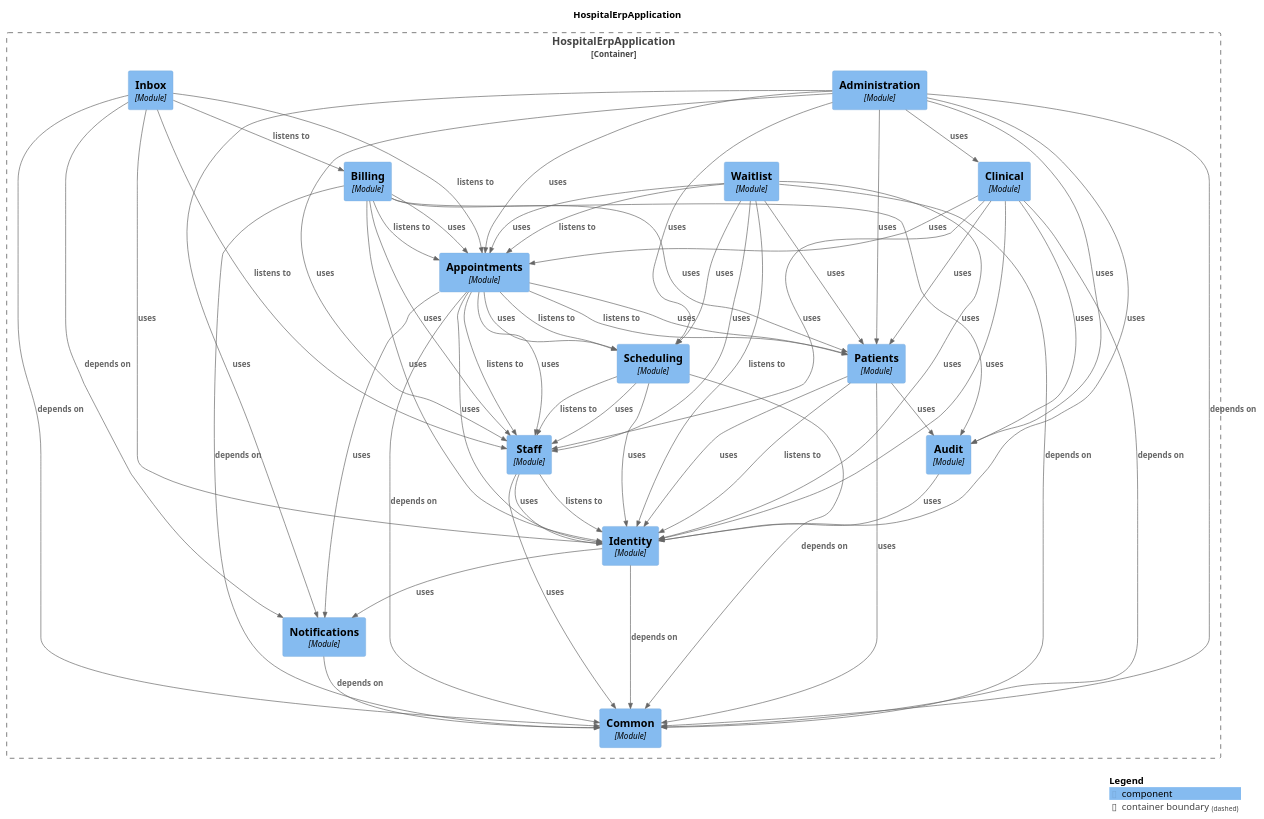
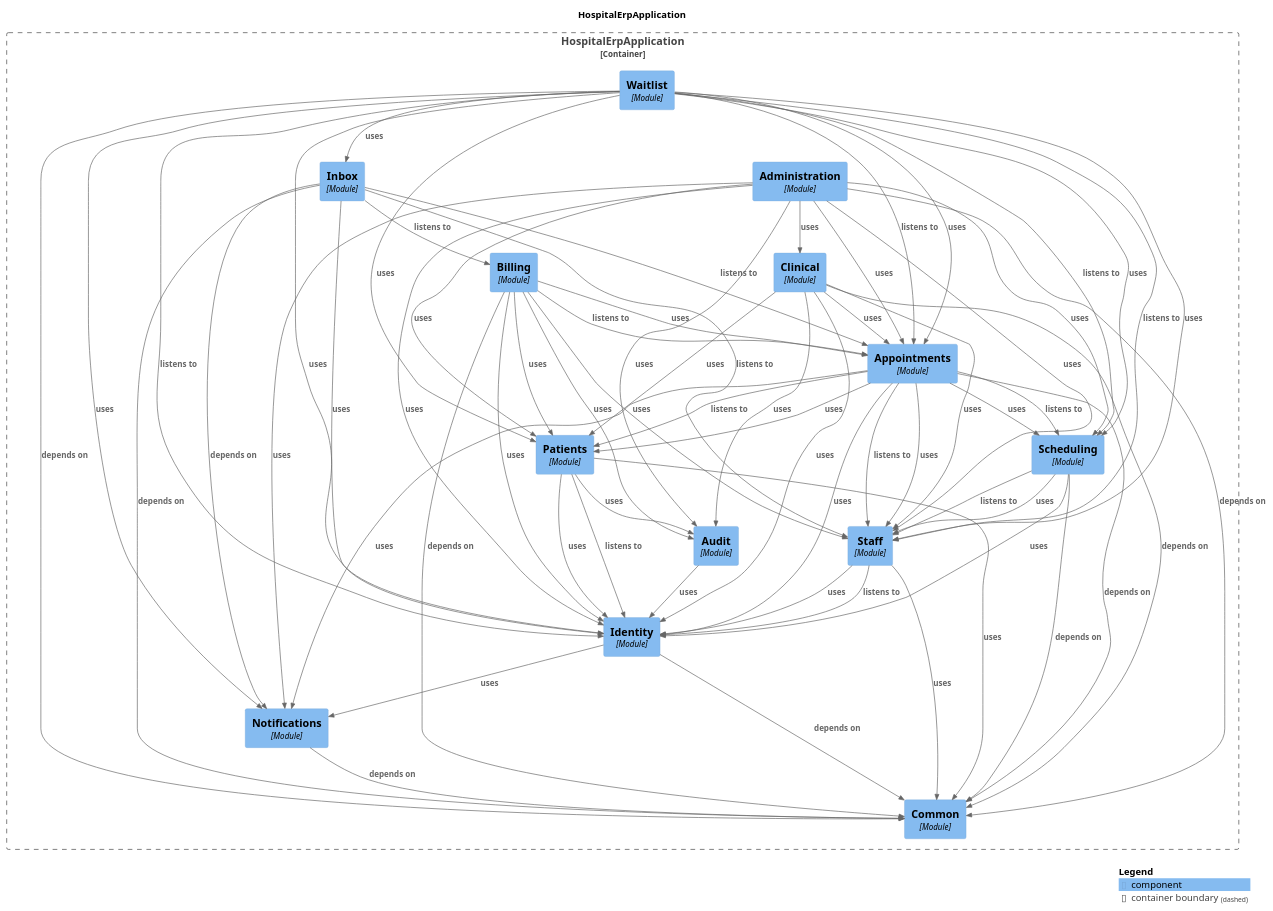
The diagram in docs/modules/components.puml (harshsharma5720/HospitalERP), drawn with PlantUML before and after one commit. The commit also changed 31 other files, not shown here.

```diff
--- a/docs/modules/components.puml
+++ b/docs/modules/components.puml
@@ -12,9 +12,9 @@
   Component(HospitalErpApplication.HospitalErpApplication.Appointments, "Appointments", $techn="Module", $descr="", $tags="", $link="")
   Component(HospitalErpApplication.HospitalErpApplication.Billing, "Billing", $techn="Module", $descr="", $tags="", $link="")
   Component(HospitalErpApplication.HospitalErpApplication.Clinical, "Clinical", $techn="Module", $descr="", $tags="", $link="")
-  Component(HospitalErpApplication.HospitalErpApplication.Waitlist, "Waitlist", $techn="Module", $descr="", $tags="", $link="")
   Component(HospitalErpApplication.HospitalErpApplication.Administration, "Administration", $techn="Module", $descr="", $tags="", $link="")
   Component(HospitalErpApplication.HospitalErpApplication.Inbox, "Inbox", $techn="Module", $descr="", $tags="", $link="")
+  Component(HospitalErpApplication.HospitalErpApplication.Waitlist, "Waitlist", $techn="Module", $descr="", $tags="", $link="")
   Component(HospitalErpApplication.HospitalErpApplication.Common, "Common", $techn="Module", $descr="", $tags="", $link="")
   Component(HospitalErpApplication.HospitalErpApplication.Notifications, "Notifications", $techn="Module", $descr="", $tags="", $link="")
   Component(HospitalErpApplication.HospitalErpApplication.Identity, "Identity", $techn="Module", $descr="", $tags="", $link="")
@@ -24,32 +24,11 @@
   Component(HospitalErpApplication.HospitalErpApplication.Scheduling, "Scheduling", $techn="Module", $descr="", $tags="", $link="")
 }
 
-Rel(HospitalErpApplication.HospitalErpApplication.Staff, HospitalErpApplication.HospitalErpApplication.Identity, "uses", $techn="", $tags="", $link="")
-Rel(HospitalErpApplication.HospitalErpApplication.Staff, HospitalErpApplication.HospitalErpApplication.Common, "uses", $techn="", $tags="", $link="")
-Rel(HospitalErpApplication.HospitalErpApplication.Audit, HospitalErpApplication.HospitalErpApplication.Identity, "uses", $techn="", $tags="", $link="")
-Rel(HospitalErpApplication.HospitalErpApplication.Clinical, HospitalErpApplication.HospitalErpApplication.Common, "depends on", $techn="", $tags="", $link="")
-Rel(HospitalErpApplication.HospitalErpApplication.Clinical, HospitalErpApplication.HospitalErpApplication.Appointments, "uses", $techn="", $tags="", $link="")
-Rel(HospitalErpApplication.HospitalErpApplication.Clinical, HospitalErpApplication.HospitalErpApplication.Staff, "uses", $techn="", $tags="", $link="")
-Rel(HospitalErpApplication.HospitalErpApplication.Clinical, HospitalErpApplication.HospitalErpApplication.Patients, "uses", $techn="", $tags="", $link="")
-Rel(HospitalErpApplication.HospitalErpApplication.Clinical, HospitalErpApplication.HospitalErpApplication.Identity, "uses", $techn="", $tags="", $link="")
-Rel(HospitalErpApplication.HospitalErpApplication.Clinical, HospitalErpApplication.HospitalErpApplication.Audit, "uses", $techn="", $tags="", $link="")
-Rel(HospitalErpApplication.HospitalErpApplication.Billing, HospitalErpApplication.HospitalErpApplication.Appointments, "listens to", $techn="", $tags="", $link="")
-Rel(HospitalErpApplication.HospitalErpApplication.Billing, HospitalErpApplication.HospitalErpApplication.Common, "depends on", $techn="", $tags="", $link="")
-Rel(HospitalErpApplication.HospitalErpApplication.Billing, HospitalErpApplication.HospitalErpApplication.Identity, "uses", $techn="", $tags="", $link="")
-Rel(HospitalErpApplication.HospitalErpApplication.Billing, HospitalErpApplication.HospitalErpApplication.Appointments, "uses", $techn="", $tags="", $link="")
-Rel(HospitalErpApplication.HospitalErpApplication.Billing, HospitalErpApplication.HospitalErpApplication.Patients, "uses", $techn="", $tags="", $link="")
-Rel(HospitalErpApplication.HospitalErpApplication.Billing, HospitalErpApplication.HospitalErpApplication.Audit, "uses", $techn="", $tags="", $link="")
-Rel(HospitalErpApplication.HospitalErpApplication.Billing, HospitalErpApplication.HospitalErpApplication.Staff, "uses", $techn="", $tags="", $link="")
-Rel(HospitalErpApplication.HospitalErpApplication.Scheduling, HospitalErpApplication.HospitalErpApplication.Staff, "listens to", $techn="", $tags="", $link="")
-Rel(HospitalErpApplication.HospitalErpApplication.Scheduling, HospitalErpApplication.HospitalErpApplication.Common, "depends on", $techn="", $tags="", $link="")
-Rel(HospitalErpApplication.HospitalErpApplication.Scheduling, HospitalErpApplication.HospitalErpApplication.Staff, "uses", $techn="", $tags="", $link="")
-Rel(HospitalErpApplication.HospitalErpApplication.Scheduling, HospitalErpApplication.HospitalErpApplication.Identity, "uses", $techn="", $tags="", $link="")
-Rel(HospitalErpApplication.HospitalErpApplication.Inbox, HospitalErpApplication.HospitalErpApplication.Billing, "listens to", $techn="", $tags="", $link="")
-Rel(HospitalErpApplication.HospitalErpApplication.Inbox, HospitalErpApplication.HospitalErpApplication.Staff, "listens to", $techn="", $tags="", $link="")
-Rel(HospitalErpApplication.HospitalErpApplication.Inbox, HospitalErpApplication.HospitalErpApplication.Appointments, "listens to", $techn="", $tags="", $link="")
 Rel(HospitalErpApplication.HospitalErpApplication.Inbox, HospitalErpApplication.HospitalErpApplication.Common, "depends on", $techn="", $tags="", $link="")
 Rel(HospitalErpApplication.HospitalErpApplication.Inbox, HospitalErpApplication.HospitalErpApplication.Notifications, "depends on", $techn="", $tags="", $link="")
 Rel(HospitalErpApplication.HospitalErpApplication.Inbox, HospitalErpApplication.HospitalErpApplication.Identity, "uses", $techn="", $tags="", $link="")
+Rel(HospitalErpApplication.HospitalErpApplication.Identity, HospitalErpApplication.HospitalErpApplication.Common, "depends on", $techn="", $tags="", $link="")
+Rel(HospitalErpApplication.HospitalErpApplication.Identity, HospitalErpApplication.HospitalErpApplication.Notifications, "uses", $techn="", $tags="", $link="")
 Rel(HospitalErpApplication.HospitalErpApplication.Appointments, HospitalErpApplication.HospitalErpApplication.Staff, "listens to", $techn="", $tags="", $link="")
 Rel(HospitalErpApplication.HospitalErpApplication.Appointments, HospitalErpApplication.HospitalErpApplication.Patients, "listens to", $techn="", $tags="", $link="")
 Rel(HospitalErpApplication.HospitalErpApplication.Appointments, HospitalErpApplication.HospitalErpApplication.Scheduling, "listens to", $techn="", $tags="", $link="")
@@ -59,20 +38,16 @@
 Rel(HospitalErpApplication.HospitalErpApplication.Appointments, HospitalErpApplication.HospitalErpApplication.Scheduling, "uses", $techn="", $tags="", $link="")
 Rel(HospitalErpApplication.HospitalErpApplication.Appointments, HospitalErpApplication.HospitalErpApplication.Identity, "uses", $techn="", $tags="", $link="")
 Rel(HospitalErpApplication.HospitalErpApplication.Appointments, HospitalErpApplication.HospitalErpApplication.Notifications, "uses", $techn="", $tags="", $link="")
-Rel(HospitalErpApplication.HospitalErpApplication.Patients, HospitalErpApplication.HospitalErpApplication.Identity, "listens to", $techn="", $tags="", $link="")
-Rel(HospitalErpApplication.HospitalErpApplication.Patients, HospitalErpApplication.HospitalErpApplication.Identity, "uses", $techn="", $tags="", $link="")
-Rel(HospitalErpApplication.HospitalErpApplication.Patients, HospitalErpApplication.HospitalErpApplication.Common, "uses", $techn="", $tags="", $link="")
-Rel(HospitalErpApplication.HospitalErpApplication.Patients, HospitalErpApplication.HospitalErpApplication.Audit, "uses", $techn="", $tags="", $link="")
-Rel(HospitalErpApplication.HospitalErpApplication.Waitlist, HospitalErpApplication.HospitalErpApplication.Appointments, "listens to", $techn="", $tags="", $link="")
-Rel(HospitalErpApplication.HospitalErpApplication.Waitlist, HospitalErpApplication.HospitalErpApplication.Identity, "listens to", $techn="", $tags="", $link="")
-Rel(HospitalErpApplication.HospitalErpApplication.Waitlist, HospitalErpApplication.HospitalErpApplication.Common, "depends on", $techn="", $tags="", $link="")
-Rel(HospitalErpApplication.HospitalErpApplication.Waitlist, HospitalErpApplication.HospitalErpApplication.Appointments, "uses", $techn="", $tags="", $link="")
-Rel(HospitalErpApplication.HospitalErpApplication.Waitlist, HospitalErpApplication.HospitalErpApplication.Patients, "uses", $techn="", $tags="", $link="")
-Rel(HospitalErpApplication.HospitalErpApplication.Waitlist, HospitalErpApplication.HospitalErpApplication.Staff, "uses", $techn="", $tags="", $link="")
-Rel(HospitalErpApplication.HospitalErpApplication.Waitlist, HospitalErpApplication.HospitalErpApplication.Scheduling, "uses", $techn="", $tags="", $link="")
-Rel(HospitalErpApplication.HospitalErpApplication.Waitlist, HospitalErpApplication.HospitalErpApplication.Identity, "uses", $techn="", $tags="", $link="")
-Rel(HospitalErpApplication.HospitalErpApplication.Identity, HospitalErpApplication.HospitalErpApplication.Common, "depends on", $techn="", $tags="", $link="")
-Rel(HospitalErpApplication.HospitalErpApplication.Identity, HospitalErpApplication.HospitalErpApplication.Notifications, "uses", $techn="", $tags="", $link="")
+Rel(HospitalErpApplication.HospitalErpApplication.Staff, HospitalErpApplication.HospitalErpApplication.Identity, "listens to", $techn="", $tags="", $link="")
+Rel(HospitalErpApplication.HospitalErpApplication.Staff, HospitalErpApplication.HospitalErpApplication.Identity, "uses", $techn="", $tags="", $link="")
+Rel(HospitalErpApplication.HospitalErpApplication.Staff, HospitalErpApplication.HospitalErpApplication.Common, "uses", $techn="", $tags="", $link="")
+Rel(HospitalErpApplication.HospitalErpApplication.Notifications, HospitalErpApplication.HospitalErpApplication.Common, "depends on", $techn="", $tags="", $link="")
+Rel(HospitalErpApplication.HospitalErpApplication.Clinical, HospitalErpApplication.HospitalErpApplication.Common, "depends on", $techn="", $tags="", $link="")
+Rel(HospitalErpApplication.HospitalErpApplication.Clinical, HospitalErpApplication.HospitalErpApplication.Appointments, "uses", $techn="", $tags="", $link="")
+Rel(HospitalErpApplication.HospitalErpApplication.Clinical, HospitalErpApplication.HospitalErpApplication.Staff, "uses", $techn="", $tags="", $link="")
+Rel(HospitalErpApplication.HospitalErpApplication.Clinical, HospitalErpApplication.HospitalErpApplication.Patients, "uses", $techn="", $tags="", $link="")
+Rel(HospitalErpApplication.HospitalErpApplication.Clinical, HospitalErpApplication.HospitalErpApplication.Identity, "uses", $techn="", $tags="", $link="")
+Rel(HospitalErpApplication.HospitalErpApplication.Clinical, HospitalErpApplication.HospitalErpApplication.Audit, "uses", $techn="", $tags="", $link="")
 Rel(HospitalErpApplication.HospitalErpApplication.Administration, HospitalErpApplication.HospitalErpApplication.Common, "depends on", $techn="", $tags="", $link="")
 Rel(HospitalErpApplication.HospitalErpApplication.Administration, HospitalErpApplication.HospitalErpApplication.Identity, "uses", $techn="", $tags="", $link="")
 Rel(HospitalErpApplication.HospitalErpApplication.Administration, HospitalErpApplication.HospitalErpApplication.Patients, "uses", $techn="", $tags="", $link="")
@@ -82,8 +57,37 @@
 Rel(HospitalErpApplication.HospitalErpApplication.Administration, HospitalErpApplication.HospitalErpApplication.Notifications, "uses", $techn="", $tags="", $link="")
 Rel(HospitalErpApplication.HospitalErpApplication.Administration, HospitalErpApplication.HospitalErpApplication.Clinical, "uses", $techn="", $tags="", $link="")
 Rel(HospitalErpApplication.HospitalErpApplication.Administration, HospitalErpApplication.HospitalErpApplication.Scheduling, "uses", $techn="", $tags="", $link="")
-Rel(HospitalErpApplication.HospitalErpApplication.Notifications, HospitalErpApplication.HospitalErpApplication.Common, "depends on", $techn="", $tags="", $link="")
-Rel(HospitalErpApplication.HospitalErpApplication.Staff, HospitalErpApplication.HospitalErpApplication.Identity, "listens to", $techn="", $tags="", $link="")
+Rel(HospitalErpApplication.HospitalErpApplication.Patients, HospitalErpApplication.HospitalErpApplication.Identity, "listens to", $techn="", $tags="", $link="")
+Rel(HospitalErpApplication.HospitalErpApplication.Patients, HospitalErpApplication.HospitalErpApplication.Identity, "uses", $techn="", $tags="", $link="")
+Rel(HospitalErpApplication.HospitalErpApplication.Patients, HospitalErpApplication.HospitalErpApplication.Common, "uses", $techn="", $tags="", $link="")
+Rel(HospitalErpApplication.HospitalErpApplication.Patients, HospitalErpApplication.HospitalErpApplication.Audit, "uses", $techn="", $tags="", $link="")
+Rel(HospitalErpApplication.HospitalErpApplication.Audit, HospitalErpApplication.HospitalErpApplication.Identity, "uses", $techn="", $tags="", $link="")
+Rel(HospitalErpApplication.HospitalErpApplication.Scheduling, HospitalErpApplication.HospitalErpApplication.Staff, "listens to", $techn="", $tags="", $link="")
+Rel(HospitalErpApplication.HospitalErpApplication.Scheduling, HospitalErpApplication.HospitalErpApplication.Common, "depends on", $techn="", $tags="", $link="")
+Rel(HospitalErpApplication.HospitalErpApplication.Scheduling, HospitalErpApplication.HospitalErpApplication.Staff, "uses", $techn="", $tags="", $link="")
+Rel(HospitalErpApplication.HospitalErpApplication.Scheduling, HospitalErpApplication.HospitalErpApplication.Identity, "uses", $techn="", $tags="", $link="")
+Rel(HospitalErpApplication.HospitalErpApplication.Billing, HospitalErpApplication.HospitalErpApplication.Appointments, "listens to", $techn="", $tags="", $link="")
+Rel(HospitalErpApplication.HospitalErpApplication.Billing, HospitalErpApplication.HospitalErpApplication.Common, "depends on", $techn="", $tags="", $link="")
+Rel(HospitalErpApplication.HospitalErpApplication.Billing, HospitalErpApplication.HospitalErpApplication.Identity, "uses", $techn="", $tags="", $link="")
+Rel(HospitalErpApplication.HospitalErpApplication.Billing, HospitalErpApplication.HospitalErpApplication.Appointments, "uses", $techn="", $tags="", $link="")
+Rel(HospitalErpApplication.HospitalErpApplication.Billing, HospitalErpApplication.HospitalErpApplication.Patients, "uses", $techn="", $tags="", $link="")
+Rel(HospitalErpApplication.HospitalErpApplication.Billing, HospitalErpApplication.HospitalErpApplication.Audit, "uses", $techn="", $tags="", $link="")
+Rel(HospitalErpApplication.HospitalErpApplication.Billing, HospitalErpApplication.HospitalErpApplication.Staff, "uses", $techn="", $tags="", $link="")
+Rel(HospitalErpApplication.HospitalErpApplication.Waitlist, HospitalErpApplication.HospitalErpApplication.Appointments, "listens to", $techn="", $tags="", $link="")
+Rel(HospitalErpApplication.HospitalErpApplication.Waitlist, HospitalErpApplication.HospitalErpApplication.Identity, "listens to", $techn="", $tags="", $link="")
+Rel(HospitalErpApplication.HospitalErpApplication.Waitlist, HospitalErpApplication.HospitalErpApplication.Scheduling, "listens to", $techn="", $tags="", $link="")
+Rel(HospitalErpApplication.HospitalErpApplication.Waitlist, HospitalErpApplication.HospitalErpApplication.Staff, "listens to", $techn="", $tags="", $link="")
+Rel(HospitalErpApplication.HospitalErpApplication.Waitlist, HospitalErpApplication.HospitalErpApplication.Common, "depends on", $techn="", $tags="", $link="")
+Rel(HospitalErpApplication.HospitalErpApplication.Waitlist, HospitalErpApplication.HospitalErpApplication.Appointments, "uses", $techn="", $tags="", $link="")
+Rel(HospitalErpApplication.HospitalErpApplication.Waitlist, HospitalErpApplication.HospitalErpApplication.Inbox, "uses", $techn="", $tags="", $link="")
+Rel(HospitalErpApplication.HospitalErpApplication.Waitlist, HospitalErpApplication.HospitalErpApplication.Notifications, "uses", $techn="", $tags="", $link="")
+Rel(HospitalErpApplication.HospitalErpApplication.Waitlist, HospitalErpApplication.HospitalErpApplication.Patients, "uses", $techn="", $tags="", $link="")
+Rel(HospitalErpApplication.HospitalErpApplication.Waitlist, HospitalErpApplication.HospitalErpApplication.Staff, "uses", $techn="", $tags="", $link="")
+Rel(HospitalErpApplication.HospitalErpApplication.Waitlist, HospitalErpApplication.HospitalErpApplication.Scheduling, "uses", $techn="", $tags="", $link="")
+Rel(HospitalErpApplication.HospitalErpApplication.Waitlist, HospitalErpApplication.HospitalErpApplication.Identity, "uses", $techn="", $tags="", $link="")
+Rel(HospitalErpApplication.HospitalErpApplication.Inbox, HospitalErpApplication.HospitalErpApplication.Billing, "listens to", $techn="", $tags="", $link="")
+Rel(HospitalErpApplication.HospitalErpApplication.Inbox, HospitalErpApplication.HospitalErpApplication.Staff, "listens to", $techn="", $tags="", $link="")
+Rel(HospitalErpApplication.HospitalErpApplication.Inbox, HospitalErpApplication.HospitalErpApplication.Appointments, "listens to", $techn="", $tags="", $link="")
 
 SHOW_LEGEND(true)
 @enduml
```
